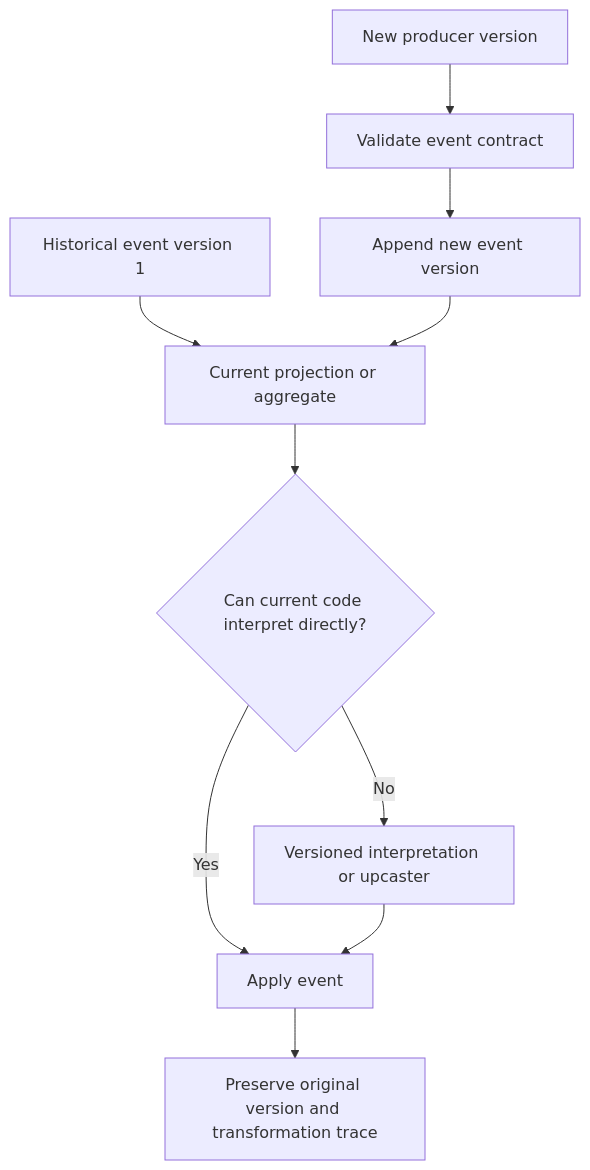
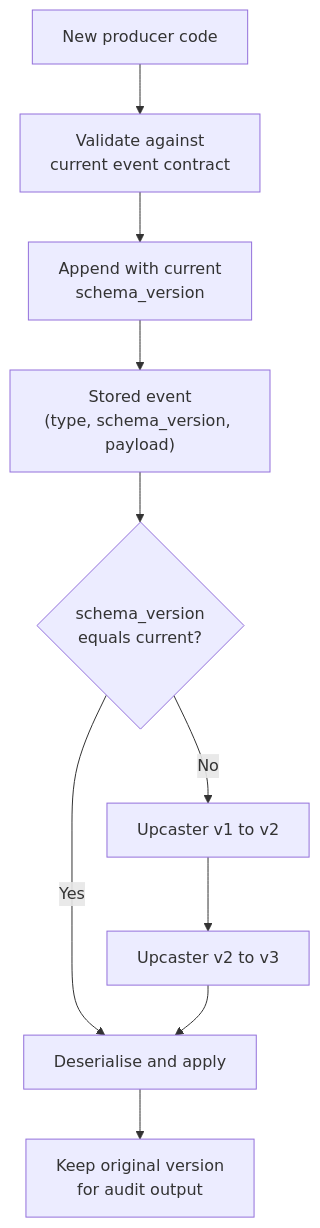
Before and after one commit to joydasss/Architect: the sixth of 16 diagrams in 20_Architecture_Patterns/CH11_Event_Sourcing.md, drawn with Mermaid. The commit also changed other lines of this file and 295 other files, not shown here.

````diff
--- a/20_Architecture_Patterns/CH11_Event_Sourcing.md
+++ b/20_Architecture_Patterns/CH11_Event_Sourcing.md
@@ -68,12 +427,12 @@
 ```mermaid
 flowchart TD
-    Stored[Historical event version 1] --> Reader[Current projection or aggregate]
-    Reader --> Compatible{Can current code interpret directly?}
-    Compatible -->|Yes| Apply[Apply event]
-    Compatible -->|No| Upcast[Versioned interpretation or upcaster]
-    Upcast --> Apply
-    New[New producer version] --> Contract[Validate event contract]
-    Contract --> Stored2[Append new event version]
-    Stored2 --> Reader
-    Apply --> Evidence[Preserve original version and transformation trace]
+    Stored["Stored event<br/>(type, schema_version, payload)"] --> V{"schema_version<br/>equals current?"}
+    V -->|Yes| Apply["Deserialise and apply"]
+    V -->|No| U1["Upcaster v1 to v2"]
+    U1 --> U2["Upcaster v2 to v3"]
+    U2 --> Apply
+    New["New producer code"] --> Validate["Validate against<br/>current event contract"]
+    Validate --> Append["Append with current<br/>schema_version"]
+    Append --> Stored
+    Apply --> Trace["Keep original version<br/>for audit output"]
 ```
````
